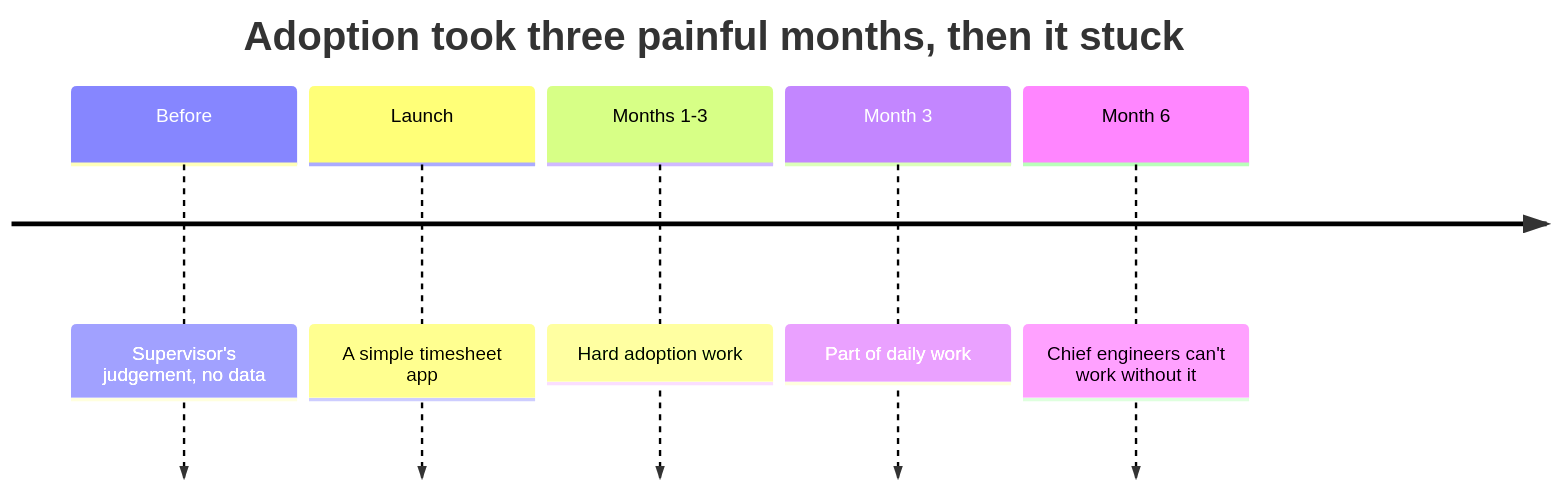
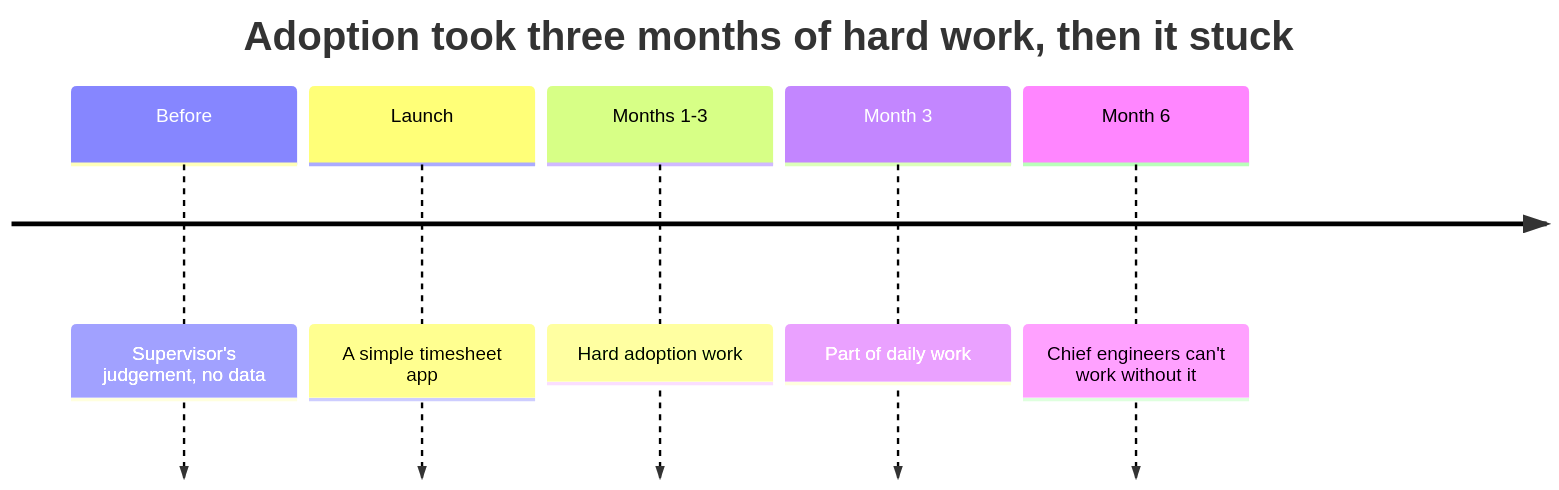
One commit to justinthe/geo-dt-site changed the eighth of 14 diagrams in content/content.md. Above: the diagram before and after it, drawn with Mermaid. The commit also changed other lines of this file and 15 other files, not shown here.

````diff
--- a/content/content.md
+++ b/content/content.md
@@ -1107,9 +1103,9 @@
 ```mermaid
 timeline
-  title Adoption took three painful months, then it stuck
+  title Adoption took three months of hard work, then it stuck
   Before : Supervisor's judgement, no data
   Launch : A simple timesheet app
   Months 1-3 : Hard adoption work
   Month 3 : Part of daily work
   Month 6 : Chief engineers can't work without it
 ```
````
